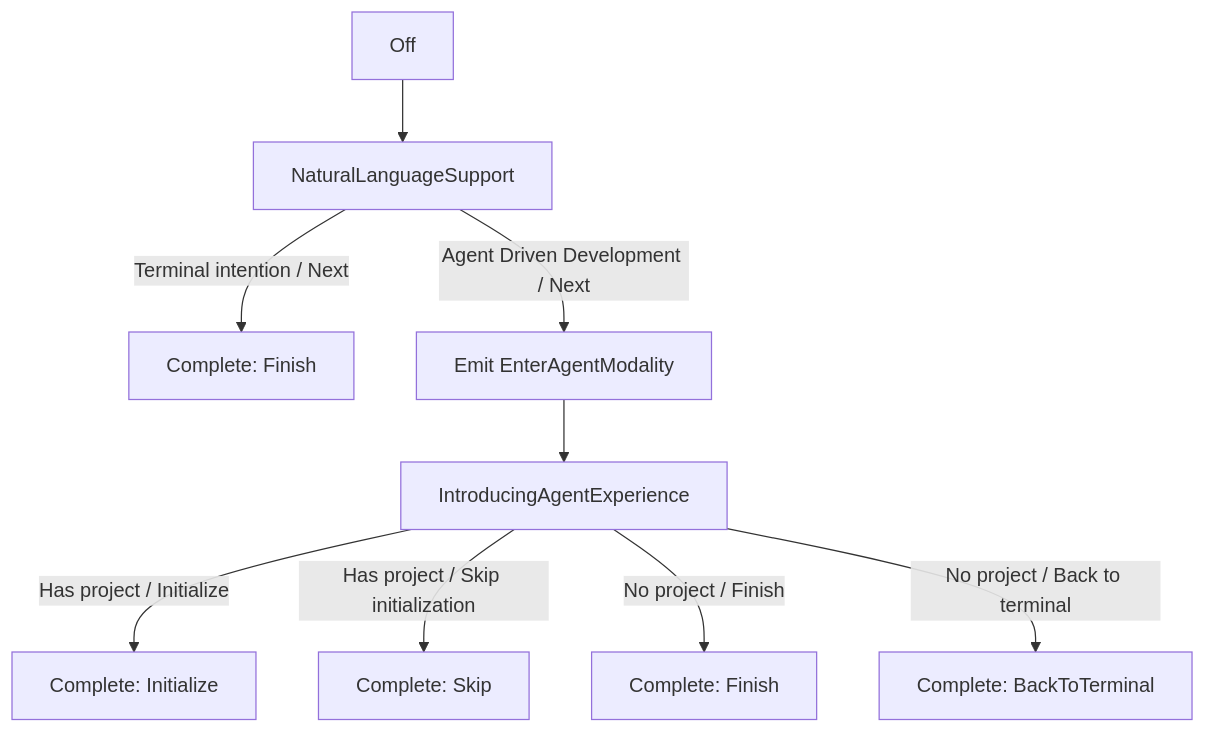
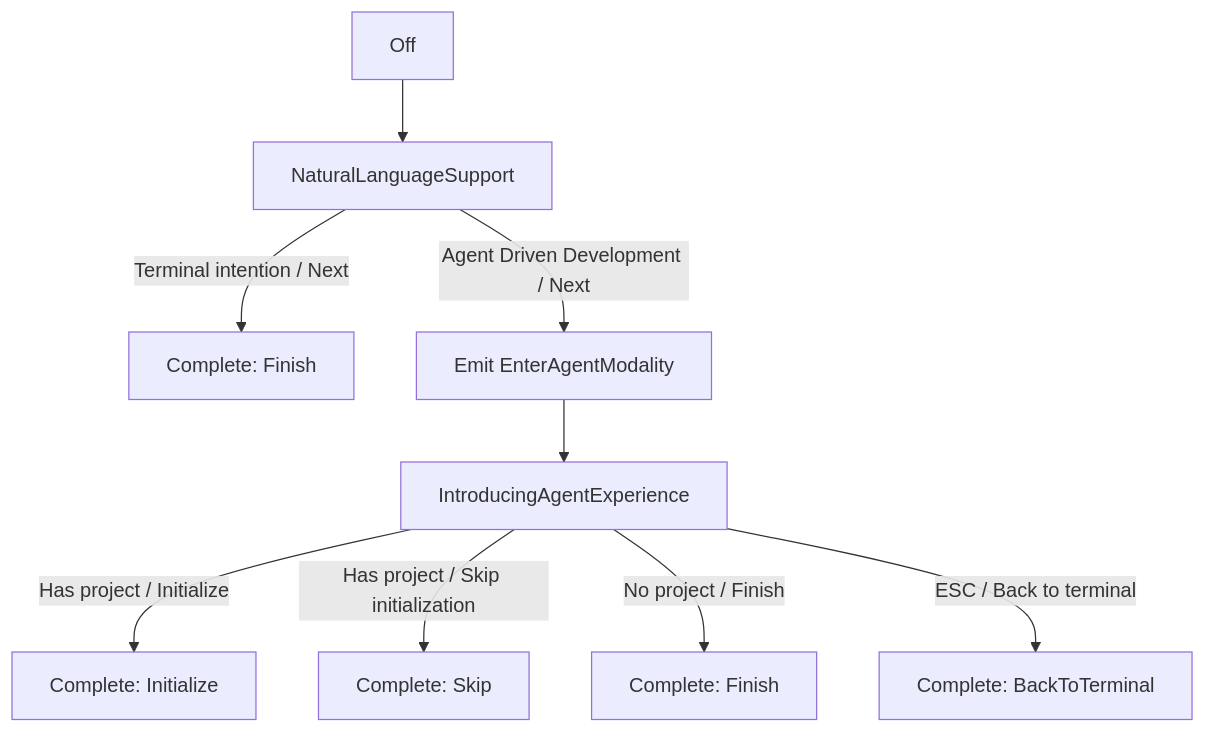
One commit to warpdotdev/Warp changed the diagram in specs/GH11107/TECH.md. Above: the diagram before and after it, drawn with Mermaid. The commit also changed other lines of this file and 4 other files, not shown here.

````diff
--- a/specs/GH11107/TECH.md
+++ b/specs/GH11107/TECH.md
@@ -116,11 +116,11 @@
 ```mermaid
 flowchart TD
     Off --> NaturalLanguageSupport
     NaturalLanguageSupport -- Terminal intention / Next --> CompleteFinish[Complete: Finish]
     NaturalLanguageSupport -- Agent Driven Development / Next --> EnterAgent[Emit EnterAgentModality]
     EnterAgent --> IntroducingAgentExperience
     IntroducingAgentExperience -- Has project / Initialize --> CompleteInitialize[Complete: Initialize]
     IntroducingAgentExperience -- Has project / Skip initialization --> CompleteSkip[Complete: Skip]
     IntroducingAgentExperience -- No project / Finish --> CompleteFinish2[Complete: Finish]
-    IntroducingAgentExperience -- No project / Back to terminal --> CompleteBack[Complete: BackToTerminal]
+    IntroducingAgentExperience -- ESC / Back to terminal --> CompleteBack[Complete: BackToTerminal]
 ```
````
